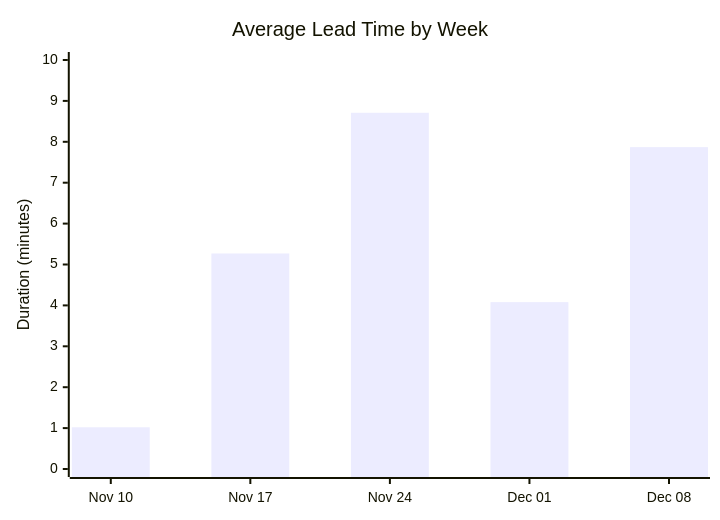
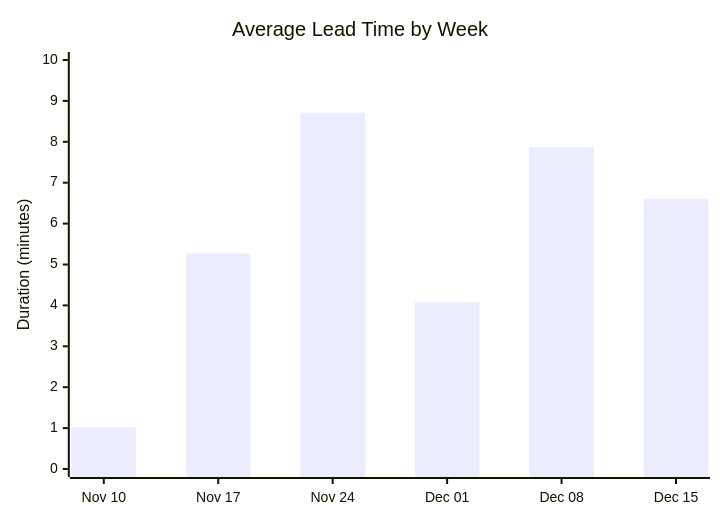
Before and after one commit to ukma-cs-ssdm-2025/rate-ukma: the second of 4 diagrams in docs/ci-cd/dora-summary.md, drawn with Mermaid. The commit also changed other lines of this file, not shown here.

````diff
--- a/docs/ci-cd/dora-summary.md
+++ b/docs/ci-cd/dora-summary.md
@@ -30,7 +29,7 @@
 ```mermaid
 xychart-beta
     title "Average Lead Time by Week"
-    x-axis ["Nov 10", "Nov 17", "Nov 24", "Dec 01", "Dec 08"]
+    x-axis ["Nov 10", "Nov 17", "Nov 24", "Dec 01", "Dec 08", "Dec 15"]
     y-axis "Duration (minutes)" 0 --> 10
-    bar [1.02, 5.27, 8.71, 4.08, 7.87]
+    bar [1.02, 5.27, 8.71, 4.08, 7.87, 6.60]
 ```
````
